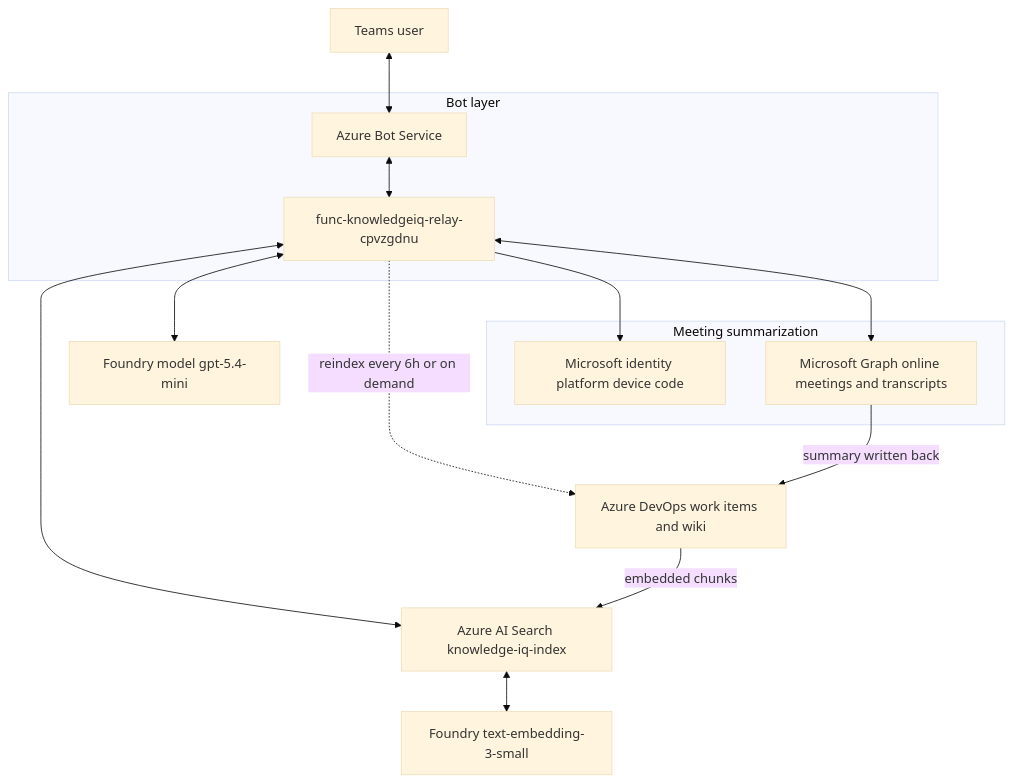
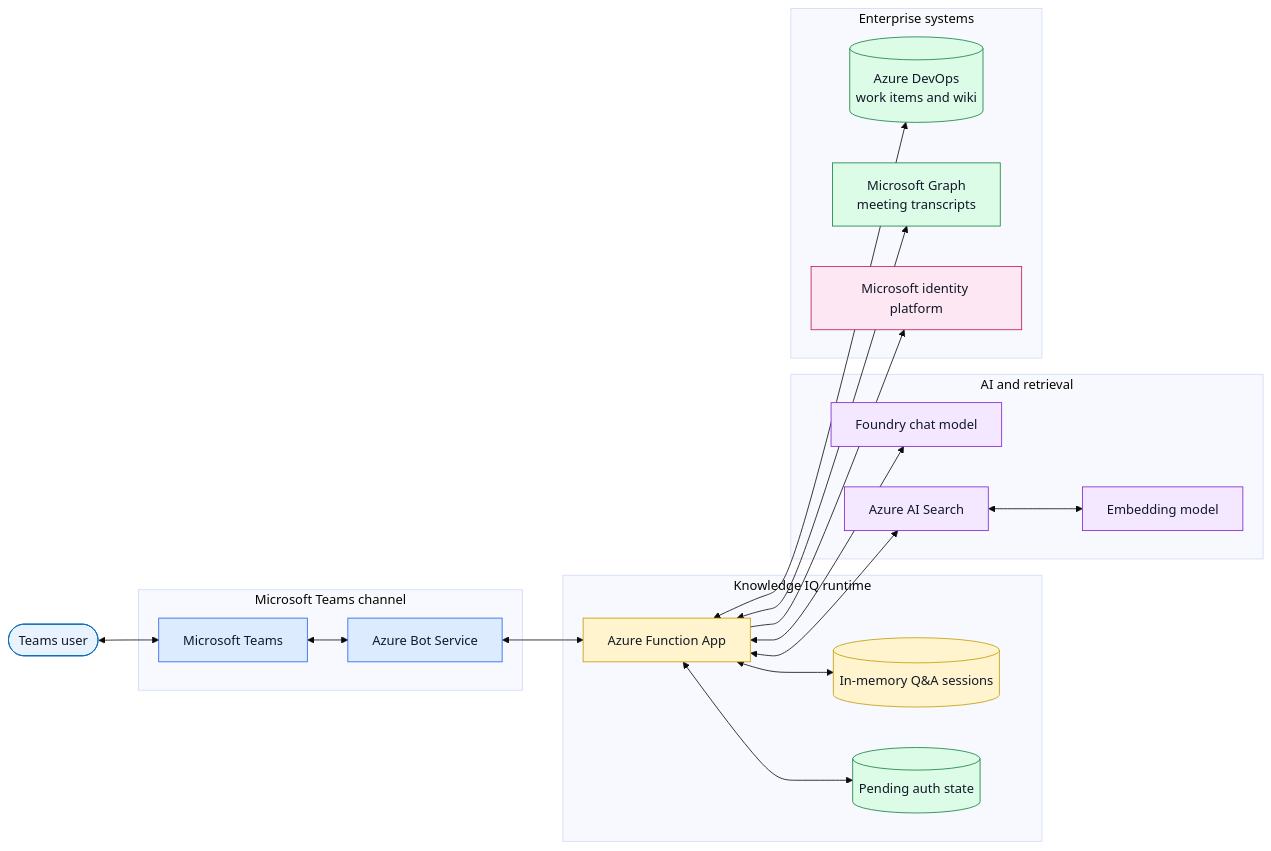
The first of 5 diagrams in docs/architecture.md (madhurshukla23/Migration-Knowledge-IQ), drawn with Mermaid (base theme) before and after one commit. The commit also changed other lines of this file, not shown here.

Commit message:
Refactor architecture documentation to enhance clarity and update delivery timelines

````diff
--- a/docs/architecture.md
+++ b/docs/architecture.md
@@ -217,29 +55,51 @@
 ```mermaid
-flowchart TB
-    User[Teams user]
+flowchart LR
+    User([Teams user])
 
-    subgraph BotLayer[Bot layer]
-        BotService[Azure Bot Service]
-        Function[func-knowledgeiq-relay-cpvzgdnu]
+    subgraph Channel[Microsoft Teams channel]
+        Teams[Microsoft Teams]
+        Bot[Azure Bot Service]
     end
 
-    Model[Foundry model gpt-5.4-mini]
-    Embed[Foundry text-embedding-3-small]
-    Search[Azure AI Search knowledge-iq-index]
-    ADO[Azure DevOps work items and wiki]
-
-    subgraph MeetingAuth[Meeting summarization]
-        MSIdentity[Microsoft identity platform device code]
-        Graph[Microsoft Graph online meetings and transcripts]
+    subgraph Runtime[Knowledge IQ runtime]
+        Function[Azure Function App]
+        Session[(In-memory Q&A sessions)]
+        Pending[(Pending auth state)]
     end
 
-    User <--> BotService <--> Function
-    Function <--> Model
+    subgraph Intelligence[AI and retrieval]
+        Agent[Foundry chat model]
+        Search[Azure AI Search]
+        Embedding[Embedding model]
+    end
+
+    subgraph Enterprise[Enterprise systems]
+        ADO[(Azure DevOps<br/>work items and wiki)]
+        Graph[Microsoft Graph<br/>meeting transcripts]
+        Identity[Microsoft identity platform]
+    end
+
+    User <--> Teams <--> Bot <--> Function
+    Function <--> Agent
     Function <--> Search
-    Search <--> Embed
-    Function -. reindex every 6h or on demand .-> ADO
-    ADO -- embedded chunks --> Search
-    Function --> MSIdentity
+    Search <--> Embedding
+    Function <--> ADO
+    Function --> Identity
     Function <--> Graph
-    Graph -- summary written back --> ADO
+    Function <--> Session
+    Function <--> Pending
+
+    classDef user fill:#E8F3FF,stroke:#0067B8,color:#111827
+    classDef channel fill:#DDEBFF,stroke:#2563EB,color:#111827
+    classDef runtime fill:#FFF4CE,stroke:#C19C00,color:#111827
+    classDef ai fill:#F3E8FF,stroke:#7E22CE,color:#111827
+    classDef data fill:#DCFCE7,stroke:#15803D,color:#111827
+    classDef identity fill:#FCE7F3,stroke:#BE185D,color:#111827
+
+    class User user
+    class Teams,Bot channel
+    class Function,Session runtime
+    class Agent,Search,Embedding ai
+    class ADO,Graph,Pending data
+    class Identity identity
 ```
````
